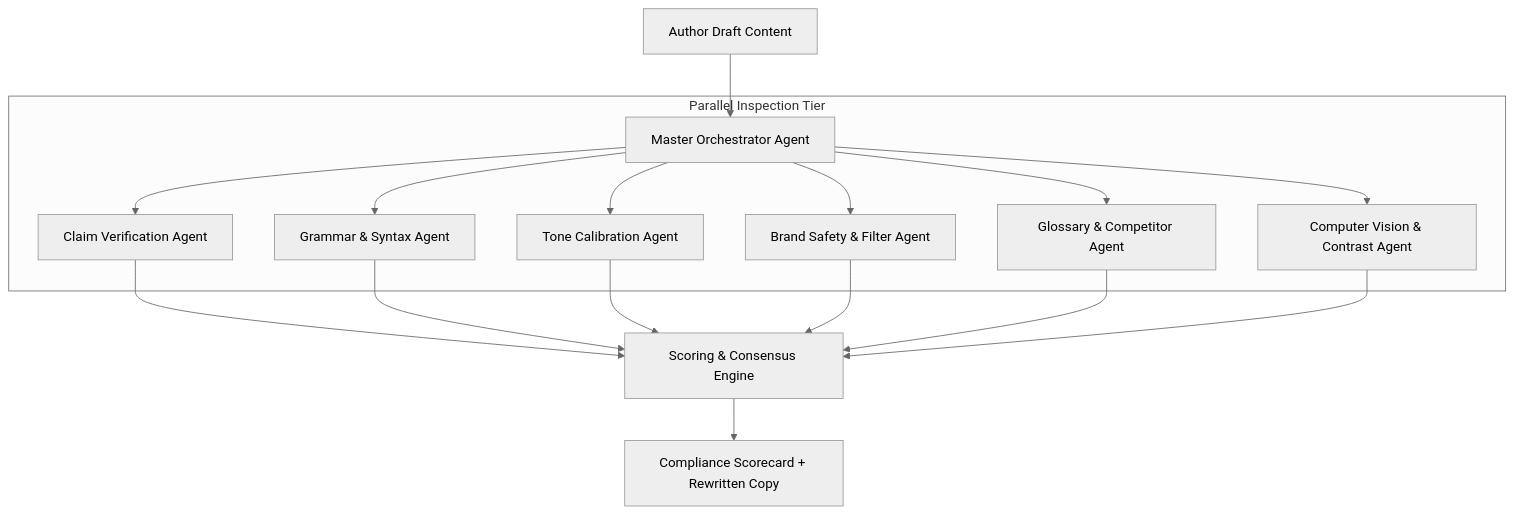
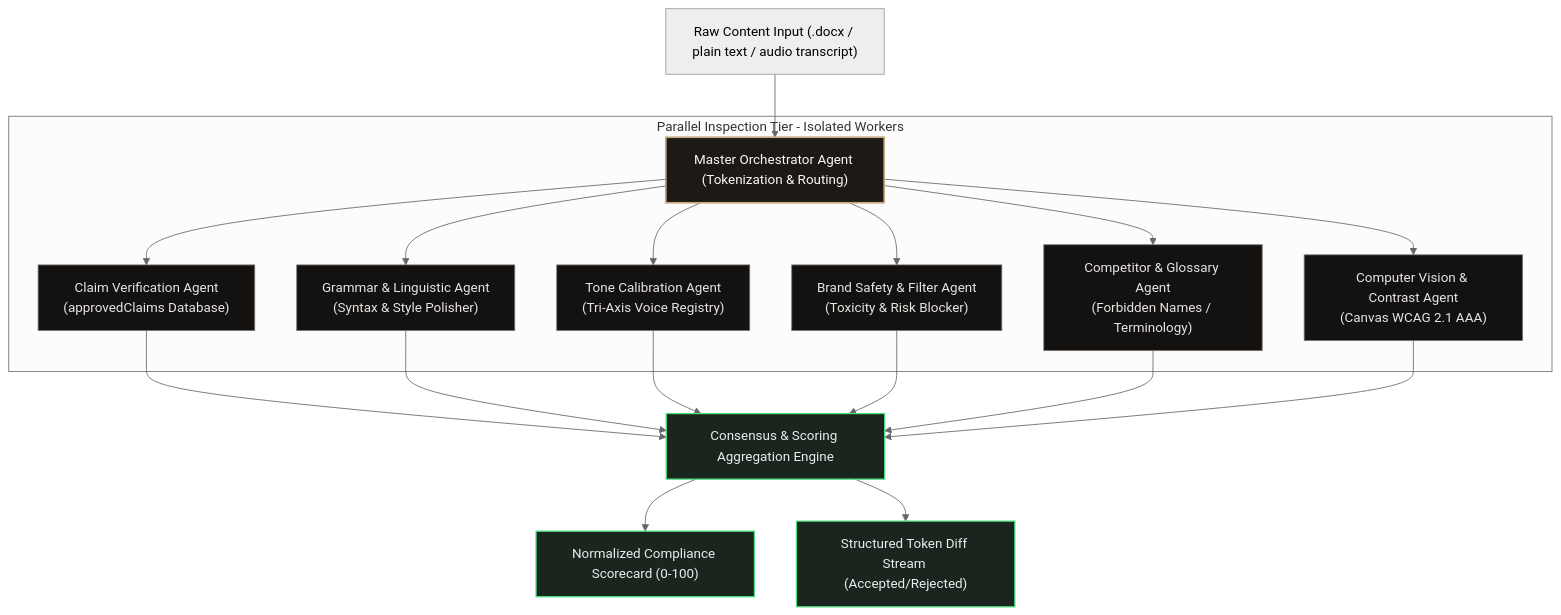
Before and after one commit to SmartyGamerZYT/VibeCheck-AI: the first of 4 diagrams in Docs/Agents.md, drawn with Mermaid (neutral theme). The commit also changed other lines of this file and 14 other files, not shown here.

````diff
--- a/Docs/Agents.md
+++ b/Docs/Agents.md
@@ -6,22 +19,30 @@
 ```mermaid
-graph TD
-    Input[Author Draft Content] --> Orchestrator[Master Orchestrator Agent]
+flowchart TD
+    DraftInput["Raw Content Input (.docx / plain text / audio transcript)"] --> Orchestrator["Master Orchestrator Agent (Tokenization & Routing)"]
     
-    subgraph Parallel Inspection Tier
-        Orchestrator --> AgentClaims[Claim Verification Agent]
-        Orchestrator --> AgentGrammar[Grammar & Syntax Agent]
-        Orchestrator --> AgentTone[Tone Calibration Agent]
-        Orchestrator --> AgentSafety[Brand Safety & Filter Agent]
-        Orchestrator --> AgentLockout[Glossary & Competitor Agent]
-        Orchestrator --> AgentCV[Computer Vision & Contrast Agent]
+    subgraph Parallel Inspection Tier [Parallel Inspection Tier - Isolated Workers]
+        Orchestrator --> AgentClaims["Claim Verification Agent<br/>(approvedClaims Database)"]
+        Orchestrator --> AgentGrammar["Grammar & Linguistic Agent<br/>(Syntax & Style Polisher)"]
+        Orchestrator --> AgentTone["Tone Calibration Agent<br/>(Tri-Axis Voice Registry)"]
+        Orchestrator --> AgentSafety["Brand Safety & Filter Agent<br/>(Toxicity & Risk Blocker)"]
+        Orchestrator --> AgentLockout["Competitor & Glossary Agent<br/>(Forbidden Names / Terminology)"]
+        Orchestrator --> AgentCV["Computer Vision & Contrast Agent<br/>(Canvas WCAG 2.1 AAA)"]
     end
 
-    AgentClaims --> Aggregator[Scoring & Consensus Engine]
+    AgentClaims --> Aggregator["Consensus & Scoring Aggregation Engine"]
     AgentGrammar --> Aggregator
     AgentTone --> Aggregator
     AgentSafety --> Aggregator
     AgentLockout --> Aggregator
     AgentCV --> Aggregator
 
-    Aggregator --> Output[Compliance Scorecard + Rewritten Copy]
+    Aggregator --> OutputCard["Normalized Compliance Scorecard (0-100)"]
+    Aggregator --> DiffStream["Structured Token Diff Stream (Accepted/Rejected)"]
+
+    classDef orch fill:#1C1917,stroke:#C5A880,stroke-width:2px,color:#FBF8F3;
+    classDef worker fill:#141210,stroke:#78716C,stroke-width:1px,color:#E7E5E4;
+    classDef output fill:#1A261D,stroke:#4ADE80,stroke-width:1.5px,color:#E6EDF3;
+    class Orchestrator orch;
+    class AgentClaims,AgentGrammar,AgentTone,AgentSafety,AgentLockout,AgentCV worker;
+    class Aggregator,OutputCard,DiffStream output;
 ```
````
